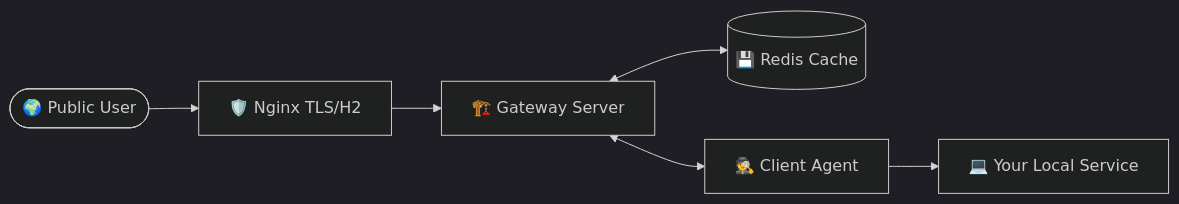
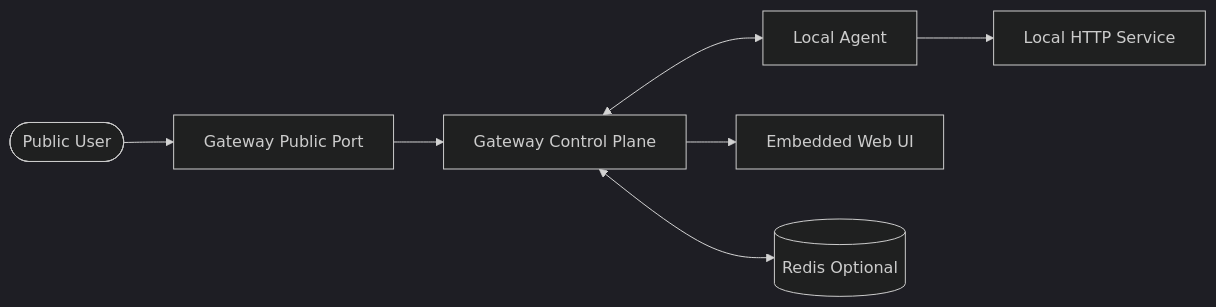
One commit to burmeseitman/bar-meet-tunnel changed the diagram in README.md. Above: the diagram before and after it, drawn with Mermaid (dark theme). The commit also changed other lines of this file and 9 other files, not shown here.

Commit message:
feat: Implement web UI for gateway to manage tunnels and inspect requests, and introduce internal communication protocol.

````diff
--- a/README.md
+++ b/README.md
@@ -22,8 +20,9 @@
 ```mermaid
 graph LR
-    User([🌍 Public User]) --> Nginx[🛡️ Nginx TLS/H2]
-    Nginx --> Gateway[🏗️ Gateway Server]
-    Gateway <--> Redis[(💾 Redis Cache)]
-    Gateway <--> Agent[🕵️ Client Agent]
-    Agent --> Local[💻 Your Local Service]
+    User([Public User]) --> GatewayPublic[Gateway Public Port]
+    GatewayPublic --> GatewayControl[Gateway Control Plane]
+    GatewayControl <--> Agent[Local Agent]
+    Agent --> Local[Local HTTP Service]
+    GatewayControl --> UI[Embedded Web UI]
+    GatewayControl <--> Redis[(Redis Optional)]
 ```
````
